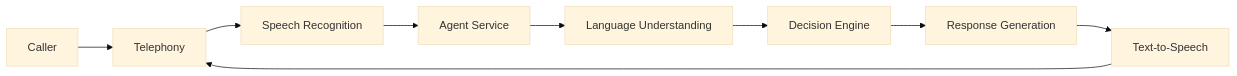
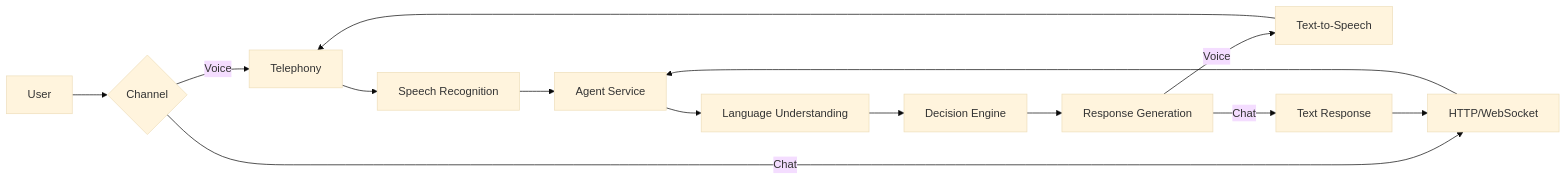
One commit to PolyAI-LDN/polyai-mintlify-doc changed the diagram in glossary/architecture.mdx. Above: the diagram before and after it, drawn with Mermaid (base theme). The commit also changed other lines of this file and 10 other files, not shown here.

````diff
--- a/glossary/architecture.mdx
+++ b/glossary/architecture.mdx
@@ -12,11 +12,16 @@
 ```mermaid
 flowchart LR
-    A[Caller] --> B[Telephony]
-    B --> C[Speech Recognition]
-    C --> D[Agent Service]
-    D --> E[Language Understanding]
-    E --> F[Decision Engine]
-    F --> G[Response Generation]
-    G --> H[Text-to-Speech]
-    H --> B
+    A[User] --> B{Channel}
+    B -->|Voice| C[Telephony]
+    B -->|Chat| D[HTTP/WebSocket]
+    C --> E[Speech Recognition]
+    D --> F[Agent Service]
+    E --> F
+    F --> G[Language Understanding]
+    G --> H[Decision Engine]
+    H --> I[Response Generation]
+    I -->|Voice| J[Text-to-Speech]
+    I -->|Chat| K[Text Response]
+    J --> C
+    K --> D
 ```
````
